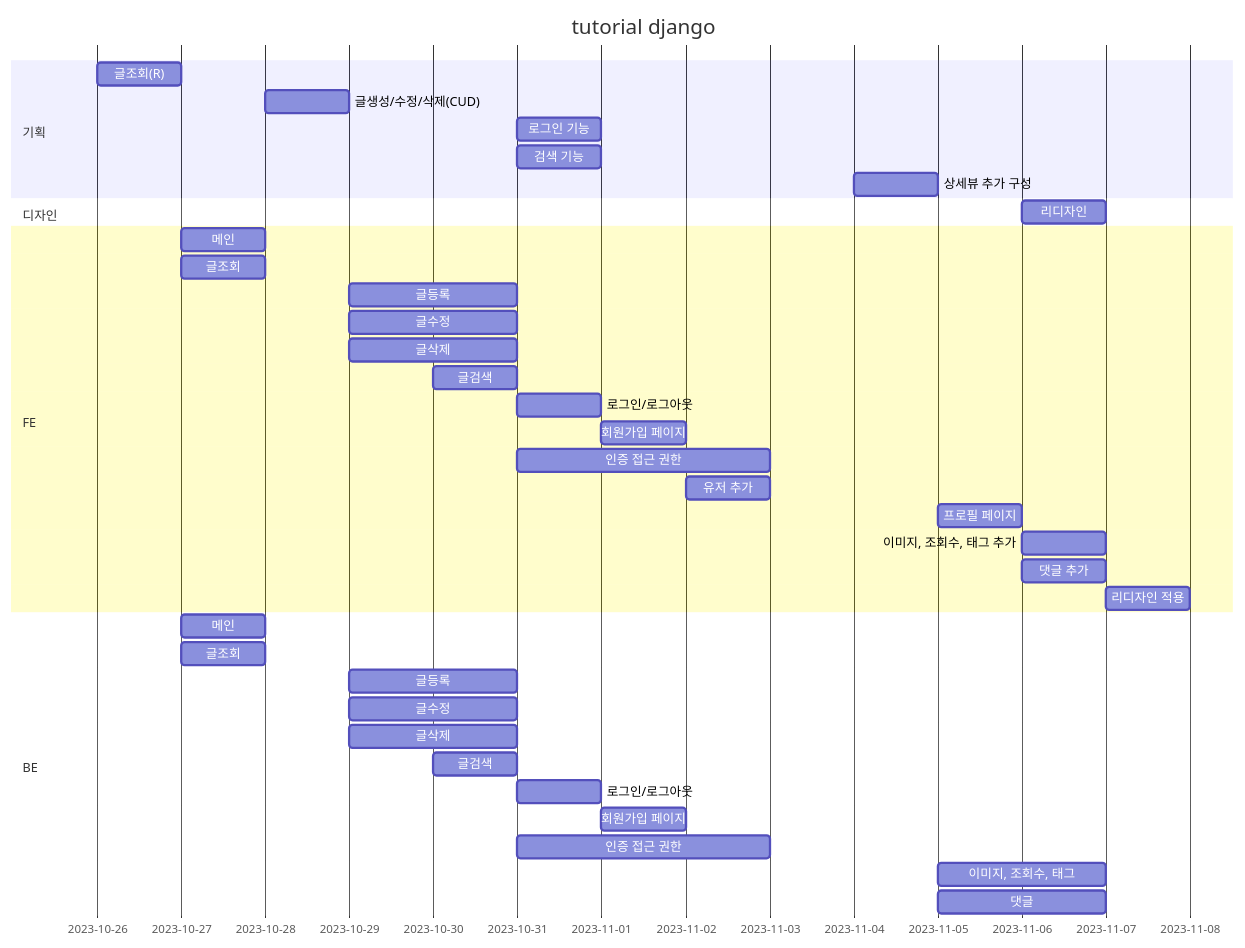
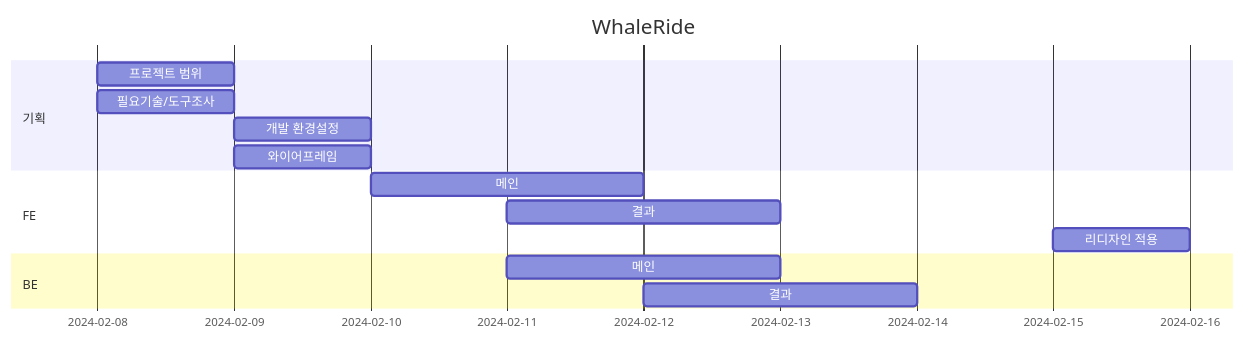
Before and after one commit to eileen-2/whaleride.github.io: the second of 4 diagrams in README.md, drawn with Mermaid. The commit also changed other lines of this file, not shown here.

````diff
--- a/README.md
+++ b/README.md
@@ -274,40 +74,17 @@
 ```mermaid
 gantt
-    title tutorial django
+    title WhaleRide
     dateFormat YY-MM-DD
     section 기획
-        글조회(R) :2023-10-26, 1d
-        글생성/수정/삭제(CUD) :2023-10-28, 1d
-        로그인 기능 :2023-10-31, 1d
-        검색 기능 :2023-10-31, 1d
-        상세뷰 추가 구성 :2023-11-4, 1d
-    section 디자인
-        리디자인 :2023-11-6, 1d
+        프로젝트 범위 :2024-02-08, 1d
+        필요기술/도구조사 :2024-02-08, 1d
+        개발 환경설정 :2024-02-09, 1d
+        와이어프레임 :2024-02-09, 1d
     section FE
-        메인    :2023-10-27, 1d
-        글조회    :2023-10-27, 1d
-        글등록    :2023-10-29, 2d
-        글수정    :2023-10-29, 2d
-        글삭제    :2023-10-29, 2d
-        글검색    :2023-10-30, 1d
-        로그인/로그아웃 :2023-10-31, 1d
-        회원가입 페이지 :2023-11-1, 1d
-        인증 접근 권한 :2023-10-31, 3d
-        유저 추가 :2023-11-2, 1d
-        프로필 페이지 :2023-11-5, 1d
-        이미지, 조회수, 태그 추가 :2023-11-6, 1d
-        댓글 추가 :2023-11-6, 1d
-        리디자인 적용 :2023-11-7, 1d
+        메인    :2024-02-10, 2d
+        결과    :2024-02-11, 2d
+        리디자인 적용 :2024-02-15, 1d
     section BE
-        메인    :2023-10-27, 1d
-        글조회    :2023-10-27, 1d
-        글등록    :2023-10-29, 2d
-        글수정    :2023-10-29, 2d
-        글삭제    :2023-10-29, 2d
-        글검색    :2023-10-30, 1d
-        로그인/로그아웃 :2023-10-31, 1d
-        회원가입 페이지 :2023-11-1, 1d
-        인증 접근 권한 :2023-10-31, 3d
-        이미지, 조회수, 태그 :2023-11-5, 2d
-        댓글 :2023-11-5, 2d
+        메인    :2024-02-11, 2d
+        결과    :2024-02-12, 2d
 ```
````
